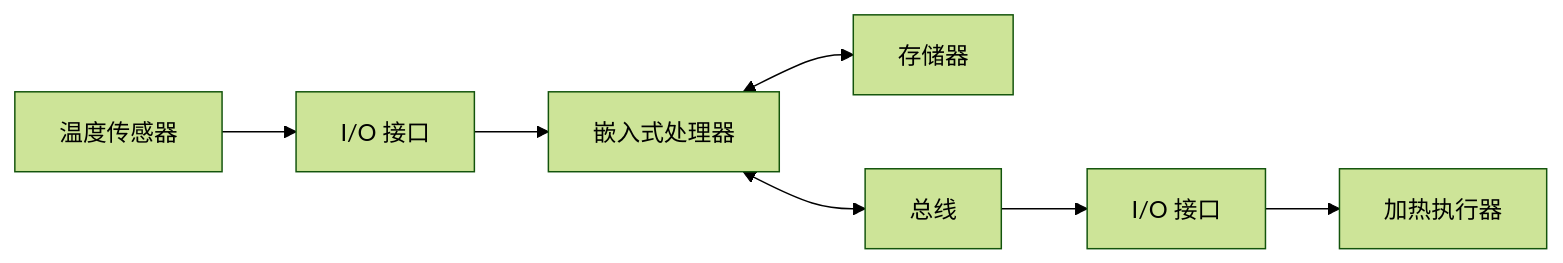
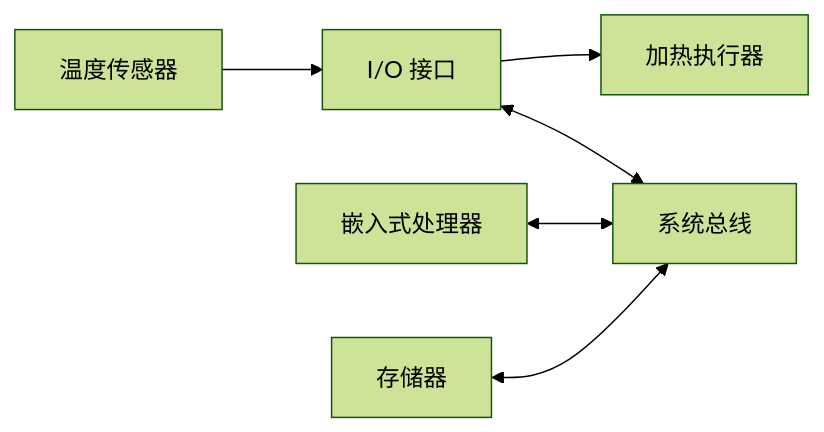
Before and after one commit to 74262195/system-architect-notes: the diagram in 06_架构设计理论与实践/05_嵌入式系统架构/嵌入式系统硬件组成：处理器、存储、总线和接口怎样一起完成专用任务.md, drawn with Mermaid (forest theme). The commit also changed other lines of this file and 5 other files, not shown here.

````diff
--- a/06_架构设计理论与实践/05_嵌入式系统架构/嵌入式系统硬件组成：处理器、存储、总线和接口怎样一起完成专用任务.md
+++ b/06_架构设计理论与实践/05_嵌入式系统架构/嵌入式系统硬件组成：处理器、存储、总线和接口怎样一起完成专用任务.md
@@ -23,9 +23,8 @@
 ```mermaid
 flowchart LR
   S[温度传感器] --> I[I/O 接口]
-  I --> P[嵌入式处理器]
-  P <--> M[存储器]
-  P <--> B[总线]
-  B --> O[I/O 接口]
-  O --> A[加热执行器]
+  I <--> B[系统总线]
+  P[嵌入式处理器] <--> B
+  M[存储器] <--> B
+  I --> A[加热执行器]
 ```
````
